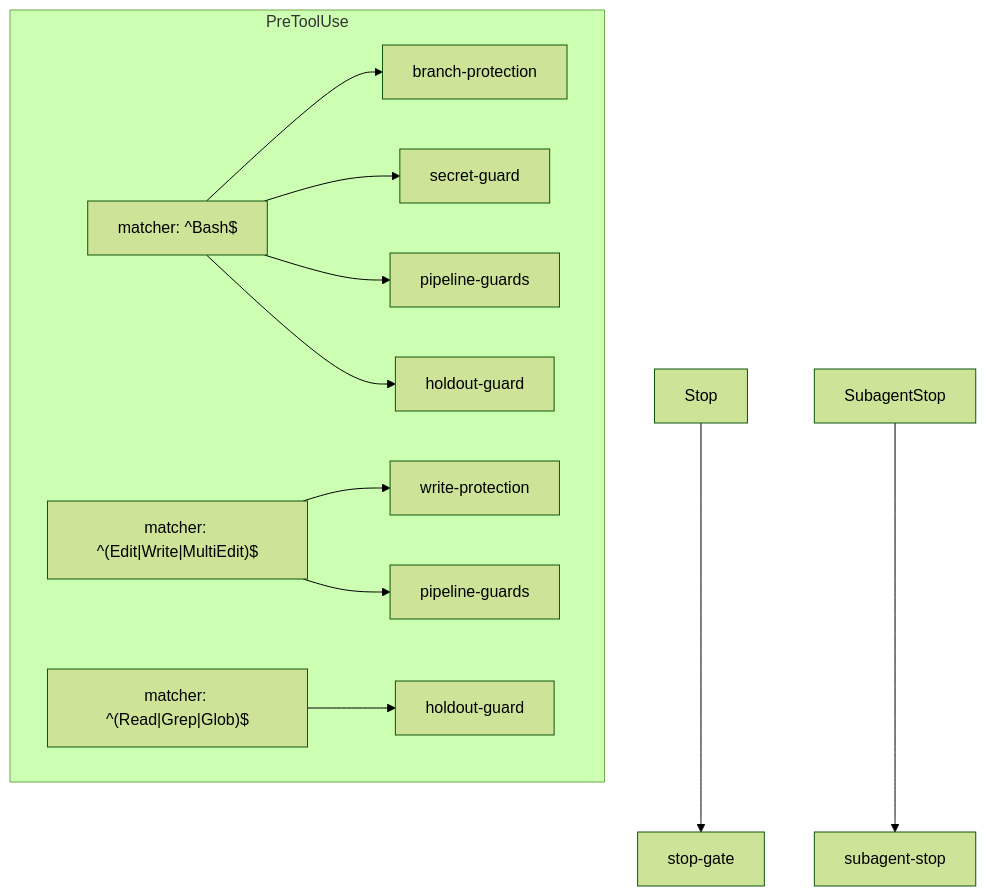
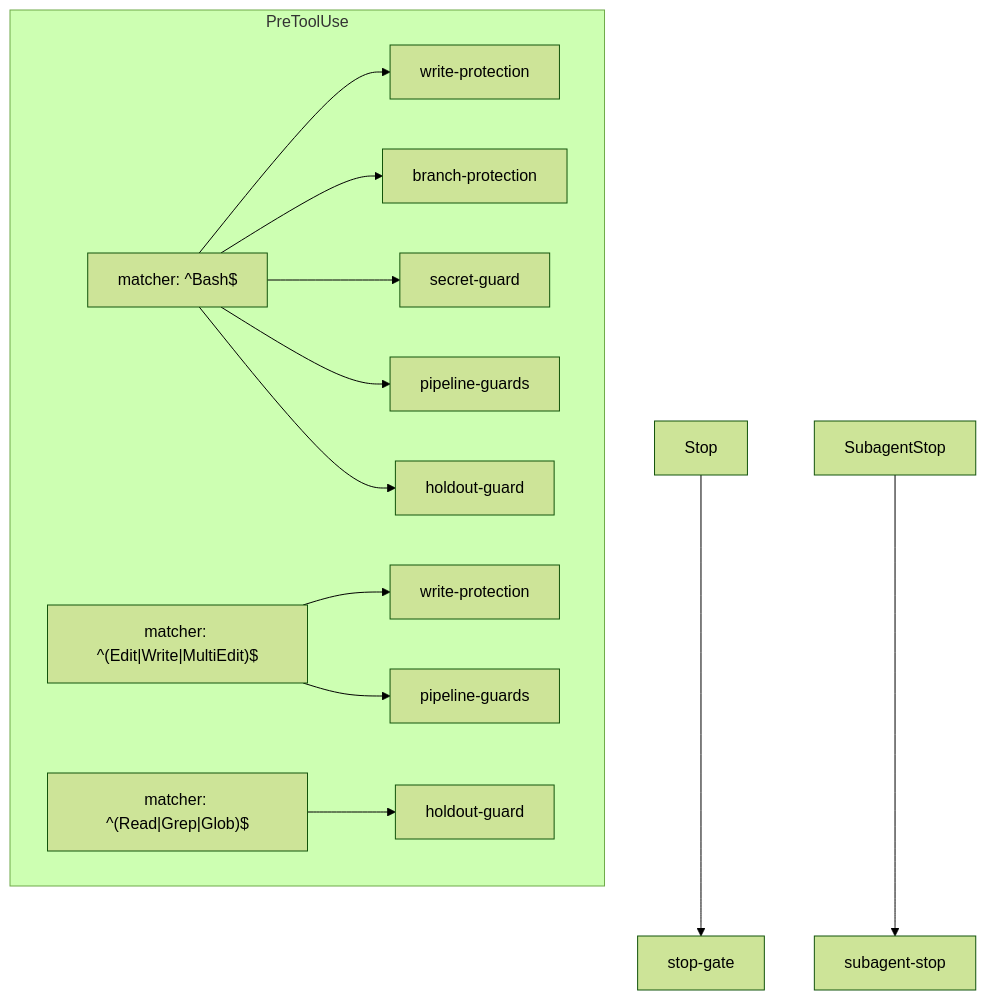
The diagram in docs/reference/hooks.md (jfa94/factory), drawn with Mermaid (forest theme) before and after one commit. The commit also changed other lines of this file and 10 other files, not shown here.

````diff
--- a/docs/reference/hooks.md
+++ b/docs/reference/hooks.md
@@ -29,14 +29,15 @@
 ```mermaid
 graph TD
   subgraph PreToolUse
-    Bash["matcher: ^Bash$"] --> bp[branch-protection]
+    Bash["matcher: ^Bash$"] --> wpB[write-protection]
+    Bash --> bp[branch-protection]
     Bash --> sg[secret-guard]
     Bash --> pg1[pipeline-guards]
     Bash --> hg1[holdout-guard]
     EWM["matcher: ^(Edit|Write|MultiEdit)$"] --> wp[write-protection]
     EWM --> pg2[pipeline-guards]
     RGG["matcher: ^(Read|Grep|Glob)$"] --> hg2[holdout-guard]
   end
   Stop["Stop"] --> stop[stop-gate]
   SubagentStop["SubagentStop"] --> ss[subagent-stop]
 ```
````
